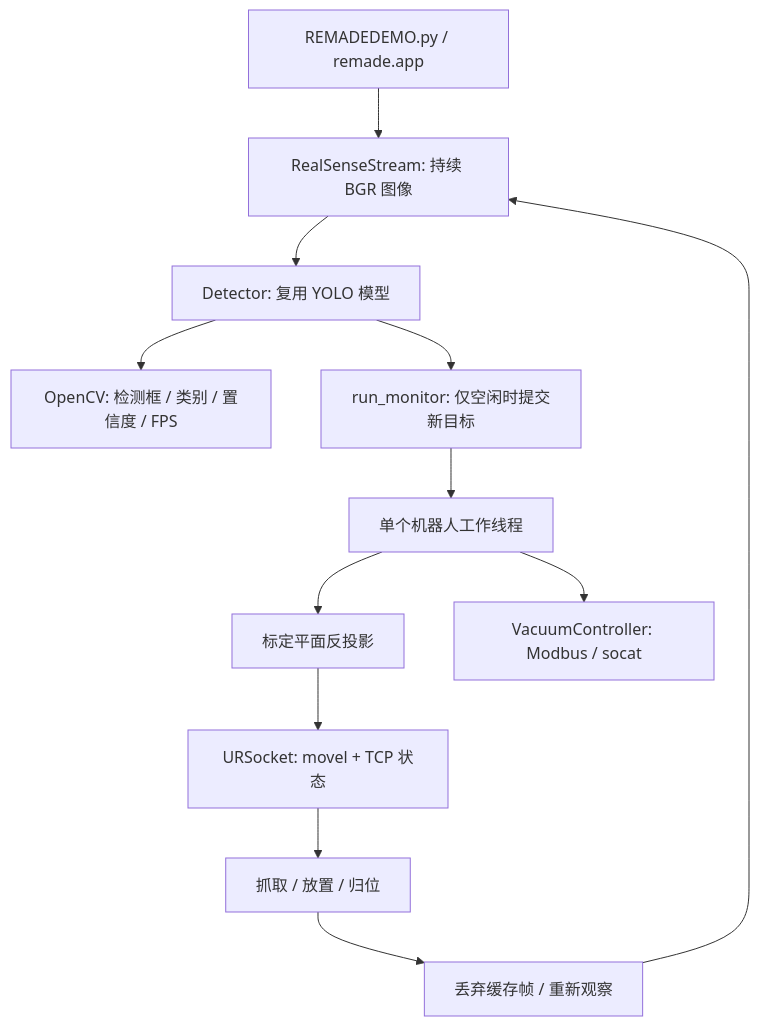
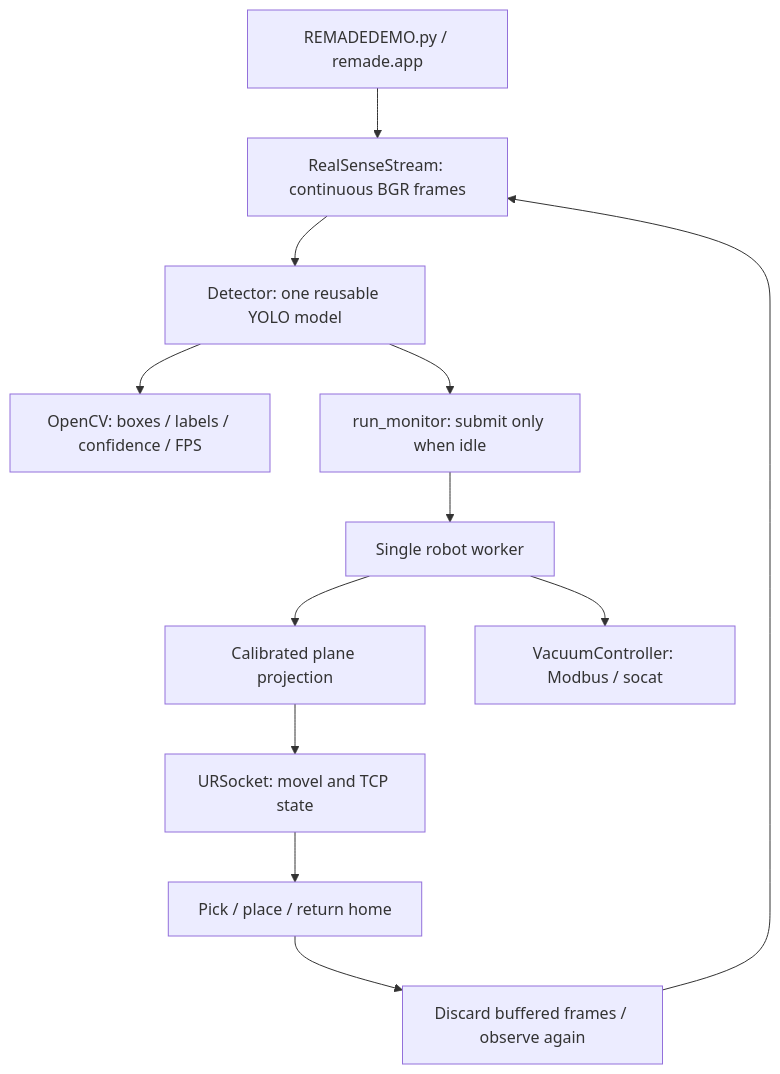
One commit to ChangChrisLiu/REMADE changed the diagram in docs/ARCHITECTURE.md. Above: the diagram before and after it, drawn with Mermaid. The commit also changed other lines of this file and 44 other files, not shown here.

````diff
--- a/docs/ARCHITECTURE.md
+++ b/docs/ARCHITECTURE.md
@@ -5,14 +5,14 @@
 ```mermaid
 flowchart TD
-    CLI[REMADEDEMO.py / remade.app] --> CAM[RealSenseStream: 持续 BGR 图像]
-    CAM --> DET[Detector: 复用 YOLO 模型]
-    DET --> UI[OpenCV: 检测框 / 类别 / 置信度 / FPS]
-    DET --> SCHED[run_monitor: 仅空闲时提交新目标]
-    SCHED --> WORK[单个机器人工作线程]
-    WORK --> GEOM[标定平面反投影]
-    GEOM --> ARM[URSocket: movel + TCP 状态]
+    CLI[REMADEDEMO.py / remade.app] --> CAM[RealSenseStream: continuous BGR frames]
+    CAM --> DET[Detector: one reusable YOLO model]
+    DET --> UI[OpenCV: boxes / labels / confidence / FPS]
+    DET --> SCHED[run_monitor: submit only when idle]
+    SCHED --> WORK[Single robot worker]
+    WORK --> GEOM[Calibrated plane projection]
+    GEOM --> ARM[URSocket: movel and TCP state]
     WORK --> VAC[VacuumController: Modbus / socat]
-    ARM --> HOME[抓取 / 放置 / 归位]
-    HOME --> FRESH[丢弃缓存帧 / 重新观察]
+    ARM --> HOME[Pick / place / return home]
+    HOME --> FRESH[Discard buffered frames / observe again]
     FRESH --> CAM
 ```
````
